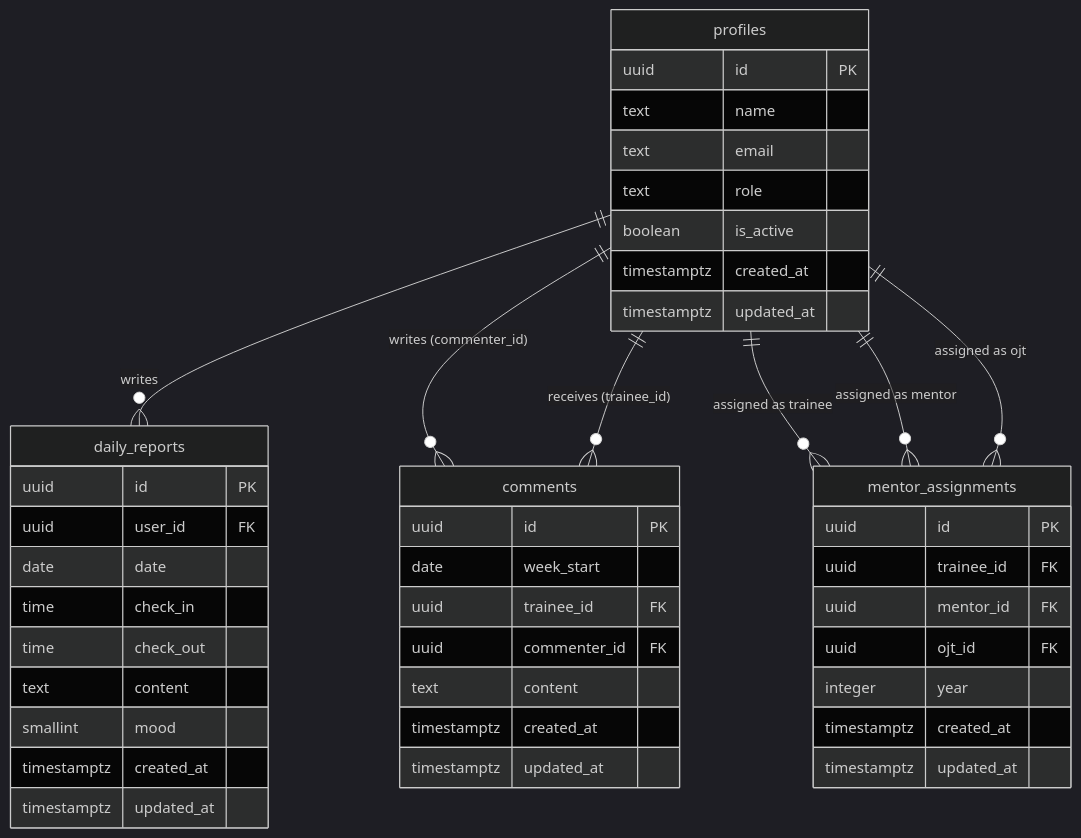
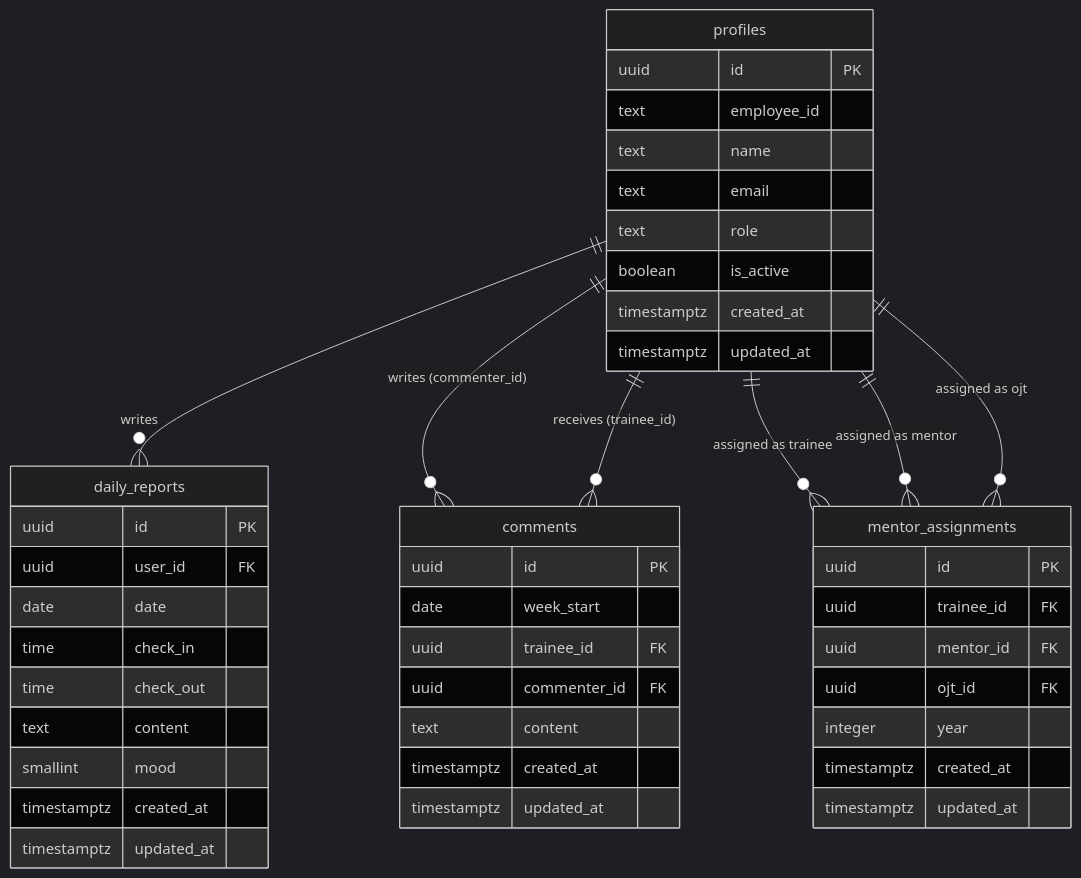
One commit to cct-ax/joynal changed the diagram in docs/db-design.md. Above: the diagram before and after it, drawn with Mermaid (dark theme). The commit also changed 4 other files, not shown here.

````diff
--- a/docs/db-design.md
+++ b/docs/db-design.md
@@ -14,51 +14,52 @@
 ```mermaid
 erDiagram
     profiles {
         uuid id PK
+        text employee_id
         text name
         text email
         text role
         boolean is_active
         timestamptz created_at
         timestamptz updated_at
     }
 
     daily_reports {
         uuid id PK
         uuid user_id FK
         date date
         time check_in
         time check_out
         text content
         smallint mood
         timestamptz created_at
         timestamptz updated_at
     }
 
     comments {
         uuid id PK
         date week_start
         uuid trainee_id FK
         uuid commenter_id FK
         text content
         timestamptz created_at
         timestamptz updated_at
     }
 
     mentor_assignments {
         uuid id PK
         uuid trainee_id FK
         uuid mentor_id FK
         uuid ojt_id FK
         integer year
         timestamptz created_at
         timestamptz updated_at
     }
 
     profiles ||--o{ daily_reports : "writes"
     profiles ||--o{ comments : "writes (commenter_id)"
     profiles ||--o{ comments : "receives (trainee_id)"
     profiles ||--o{ mentor_assignments : "assigned as trainee"
     profiles ||--o{ mentor_assignments : "assigned as mentor"
     profiles ||--o{ mentor_assignments : "assigned as ojt"
 ```
````
